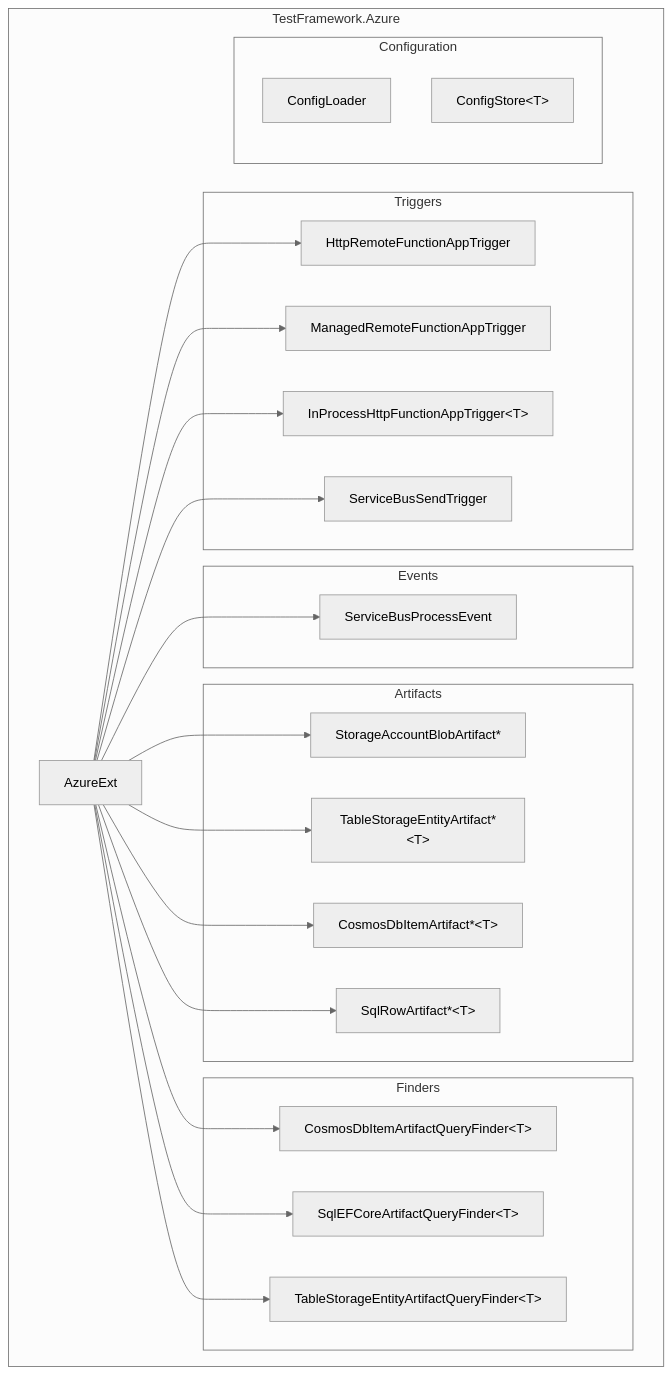
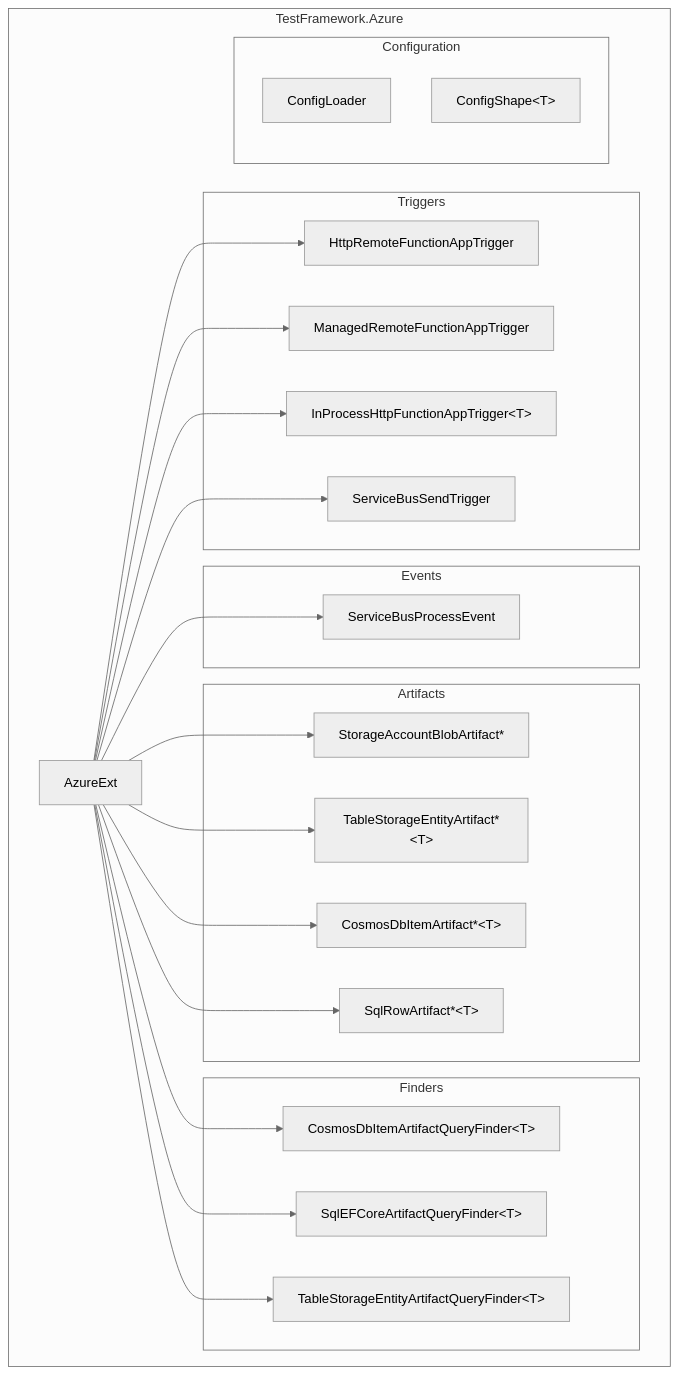
The third of 17 diagrams in Documentation/Arc42.md (DeadMoon0/TestFramework-Azure), drawn with Mermaid (neutral theme) before and after one commit. The commit also changed other lines of this file and 12 other files, not shown here.

Commit message:
Hand out the shape that owns a configuration record, and delete the typed config store

````diff
--- a/Documentation/Arc42.md
+++ b/Documentation/Arc42.md
@@ -173,42 +173,42 @@
 ```mermaid
 graph TB
     subgraph TestFramework.Azure
         ATF[AzureExt]
         subgraph Triggers
             FHTTP[HttpRemoteFunctionAppTrigger]
             FMAN[ManagedRemoteFunctionAppTrigger]
             FIP["InProcessHttpFunctionAppTrigger&lt;T&gt;"]
             SBS[ServiceBusSendTrigger]
         end
         subgraph Artifacts
             BLOB[StorageAccountBlobArtifact*]
             TBL["TableStorageEntityArtifact*&lt;T&gt;"]
             COSM["CosmosDbItemArtifact*&lt;T&gt;"]
             SQLR["SqlRowArtifact*&lt;T&gt;"]
         end
         subgraph Events
             SBE[ServiceBusProcessEvent]
         end
         subgraph Finders
             COSMF["CosmosDbItemArtifactQueryFinder&lt;T&gt;"]
             SQLF["SqlEFCoreArtifactQueryFinder&lt;T&gt;"]
             TBLF["TableStorageEntityArtifactQueryFinder&lt;T&gt;"]
         end
         subgraph Configuration
             CL[ConfigLoader]
-            CS["ConfigStore&lt;T&gt;"]
+            CS["ConfigShape&lt;T&gt;"]
         end
     end
     ATF --> FHTTP
     ATF --> FMAN
     ATF --> FIP
     ATF --> SBS
     ATF --> SBE
     ATF --> BLOB
     ATF --> TBL
     ATF --> COSM
     ATF --> SQLR
     ATF --> COSMF
     ATF --> SQLF
     ATF --> TBLF
 ```
````
